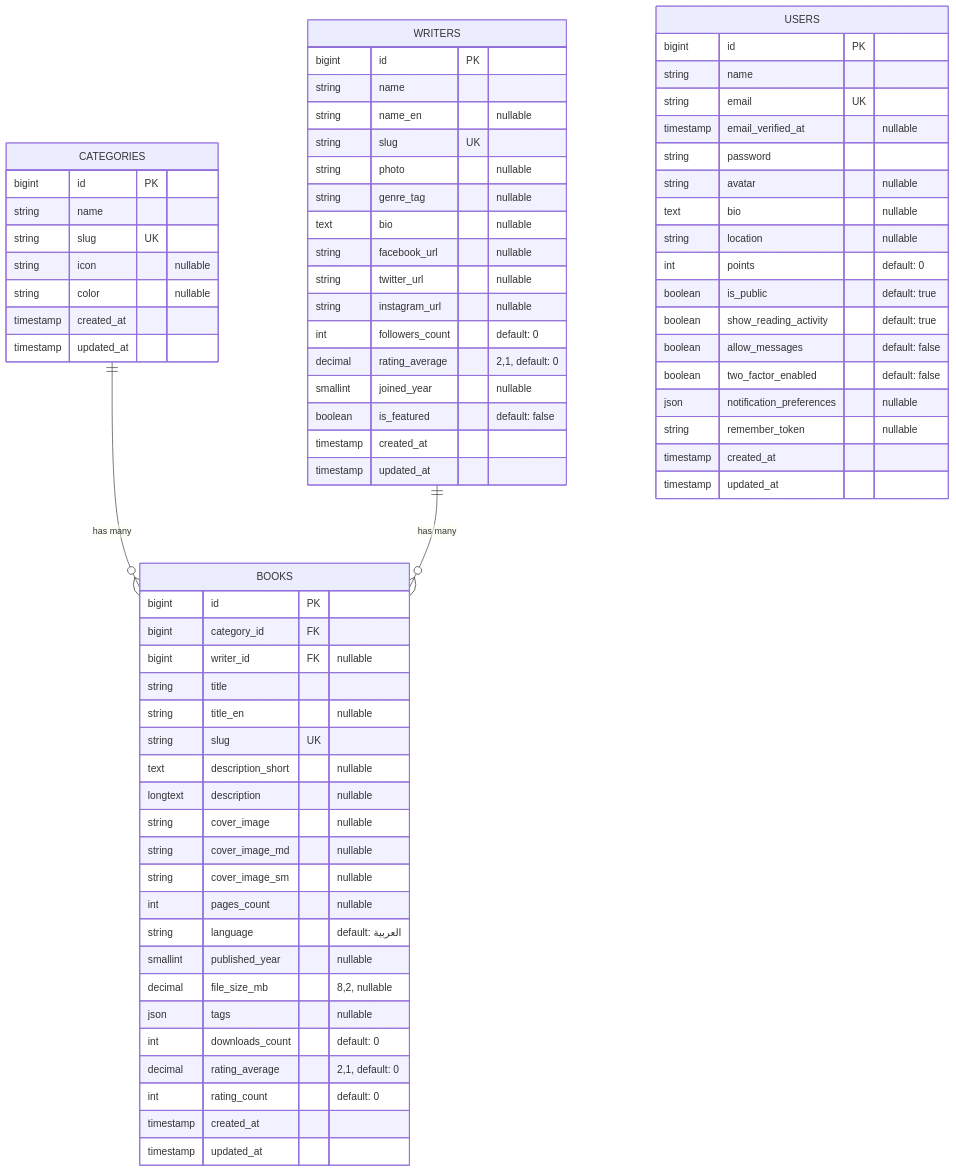
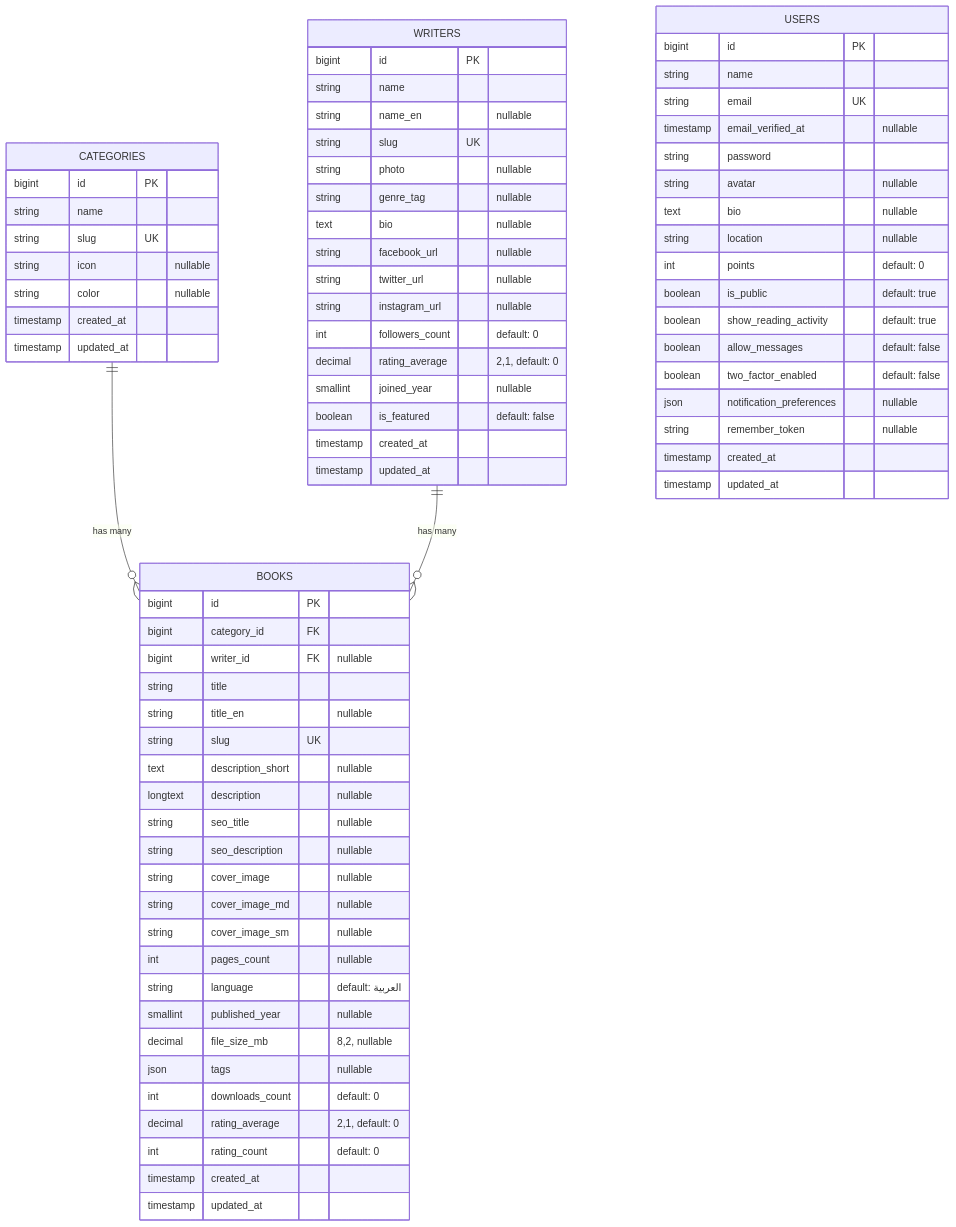
Before and after one commit to hamdaouiwassim/nootabooks-reader: the diagram in DATABASE.md, drawn with Mermaid. The commit also changed other lines of this file and 11 other files, not shown here.

````diff
--- a/DATABASE.md
+++ b/DATABASE.md
@@ -7,78 +7,80 @@
 ```mermaid
 erDiagram
     CATEGORIES ||--o{ BOOKS : "has many"
     WRITERS ||--o{ BOOKS : "has many"
 
     CATEGORIES {
         bigint id PK
         string name
         string slug UK
         string icon "nullable"
         string color "nullable"
         timestamp created_at
         timestamp updated_at
     }
 
     WRITERS {
         bigint id PK
         string name
         string name_en "nullable"
         string slug UK
         string photo "nullable"
         string genre_tag "nullable"
         text bio "nullable"
         string facebook_url "nullable"
         string twitter_url "nullable"
         string instagram_url "nullable"
         int followers_count "default: 0"
         decimal rating_average "2,1, default: 0"
         smallint joined_year "nullable"
         boolean is_featured "default: false"
         timestamp created_at
         timestamp updated_at
     }
 
     BOOKS {
         bigint id PK
         bigint category_id FK
         bigint writer_id FK "nullable"
         string title
         string title_en "nullable"
         string slug UK
         text description_short "nullable"
         longtext description "nullable"
+        string seo_title "nullable"
+        string seo_description "nullable"
         string cover_image "nullable"
         string cover_image_md "nullable"
         string cover_image_sm "nullable"
         int pages_count "nullable"
         string language "default: العربية"
         smallint published_year "nullable"
         decimal file_size_mb "8,2, nullable"
         json tags "nullable"
         int downloads_count "default: 0"
         decimal rating_average "2,1, default: 0"
         int rating_count "default: 0"
         timestamp created_at
         timestamp updated_at
     }
 
     USERS {
         bigint id PK
         string name
         string email UK
         timestamp email_verified_at "nullable"
         string password
         string avatar "nullable"
         text bio "nullable"
         string location "nullable"
         int points "default: 0"
         boolean is_public "default: true"
         boolean show_reading_activity "default: true"
         boolean allow_messages "default: false"
         boolean two_factor_enabled "default: false"
         json notification_preferences "nullable"
         string remember_token "nullable"
         timestamp created_at
         timestamp updated_at
     }
 ```
````
